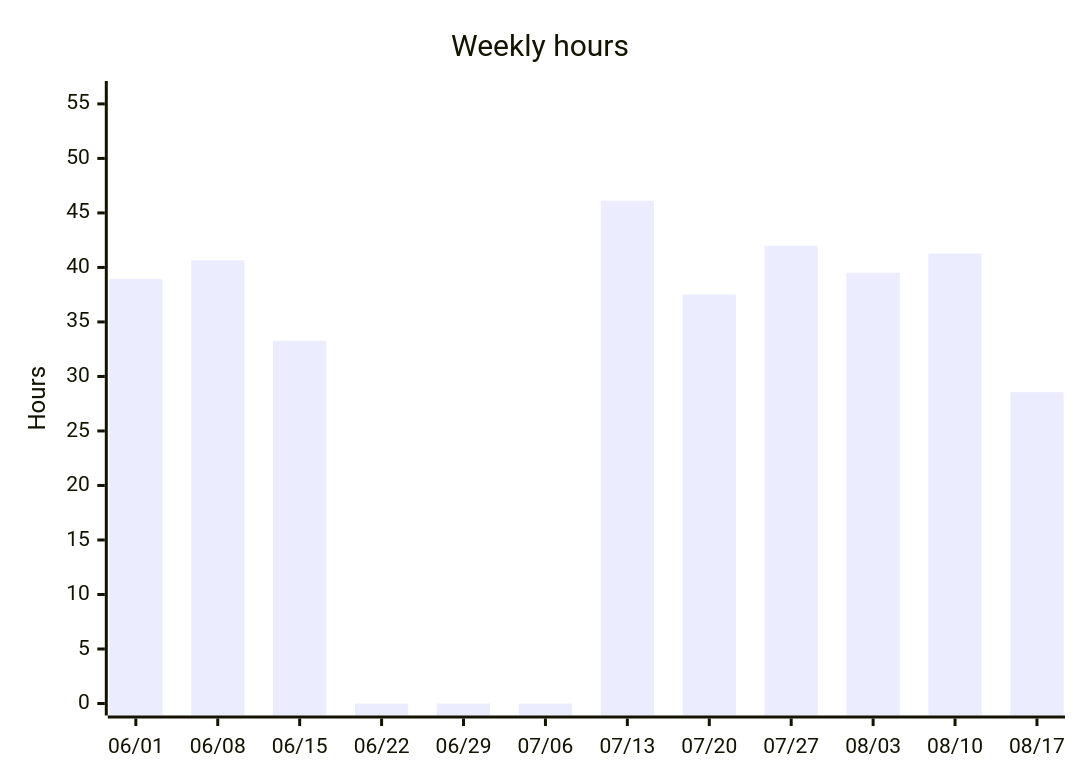
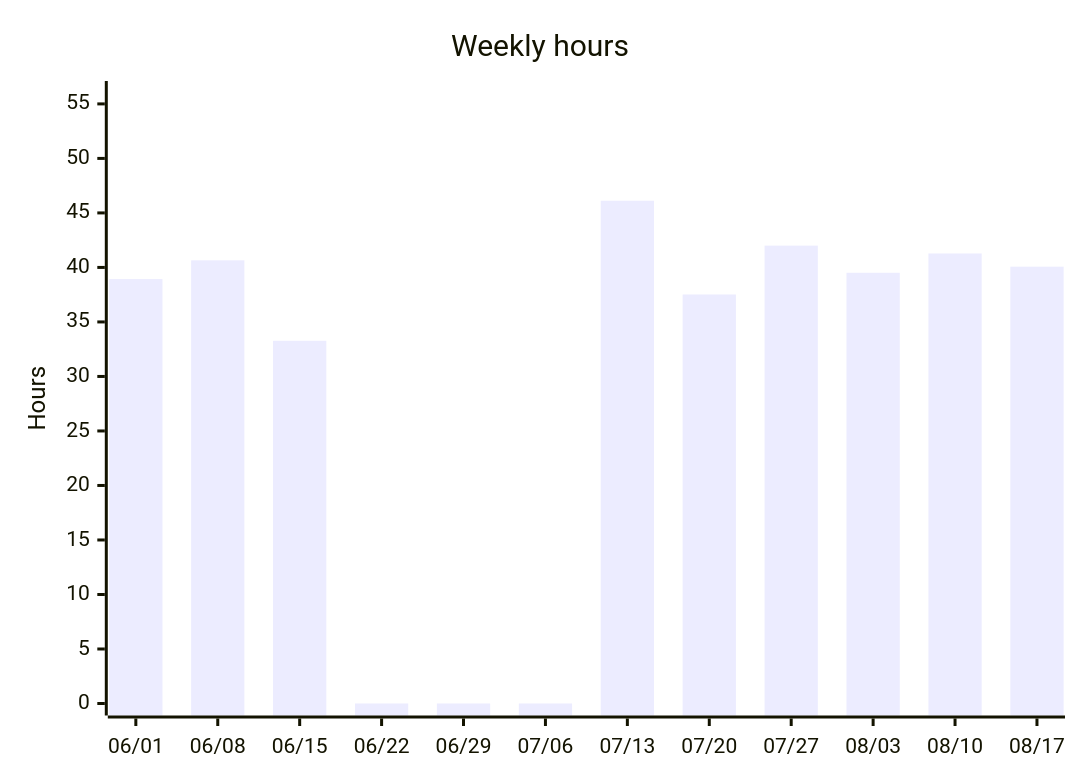
Before and after one commit to albinforsberg-netizen/timeclock: the third of 5 diagrams in README.org, drawn with Mermaid. The commit also changed other lines of this file, not shown here.

```diff
--- a/README.org
+++ b/README.org
@@ -108,7 +108,7 @@
 #+begin_src mermaid
 xychart-beta
     title "Weekly hours"
     x-axis ["06/01", "06/08", "06/15", "06/22", "06/29", "07/06", "07/13", "07/20", "07/27", "08/03", "08/10", "08/17"]
     y-axis "Hours" 0 --> 56
-    bar [38.93, 40.65, 33.27, 0.00, 0.00, 0.00, 46.12, 37.52, 42.00, 39.51, 41.28, 28.56]
+    bar [38.93, 40.65, 33.27, 0.00, 0.00, 0.00, 46.12, 37.52, 42.00, 39.51, 41.28, 40.07]
 #+end_src
```
